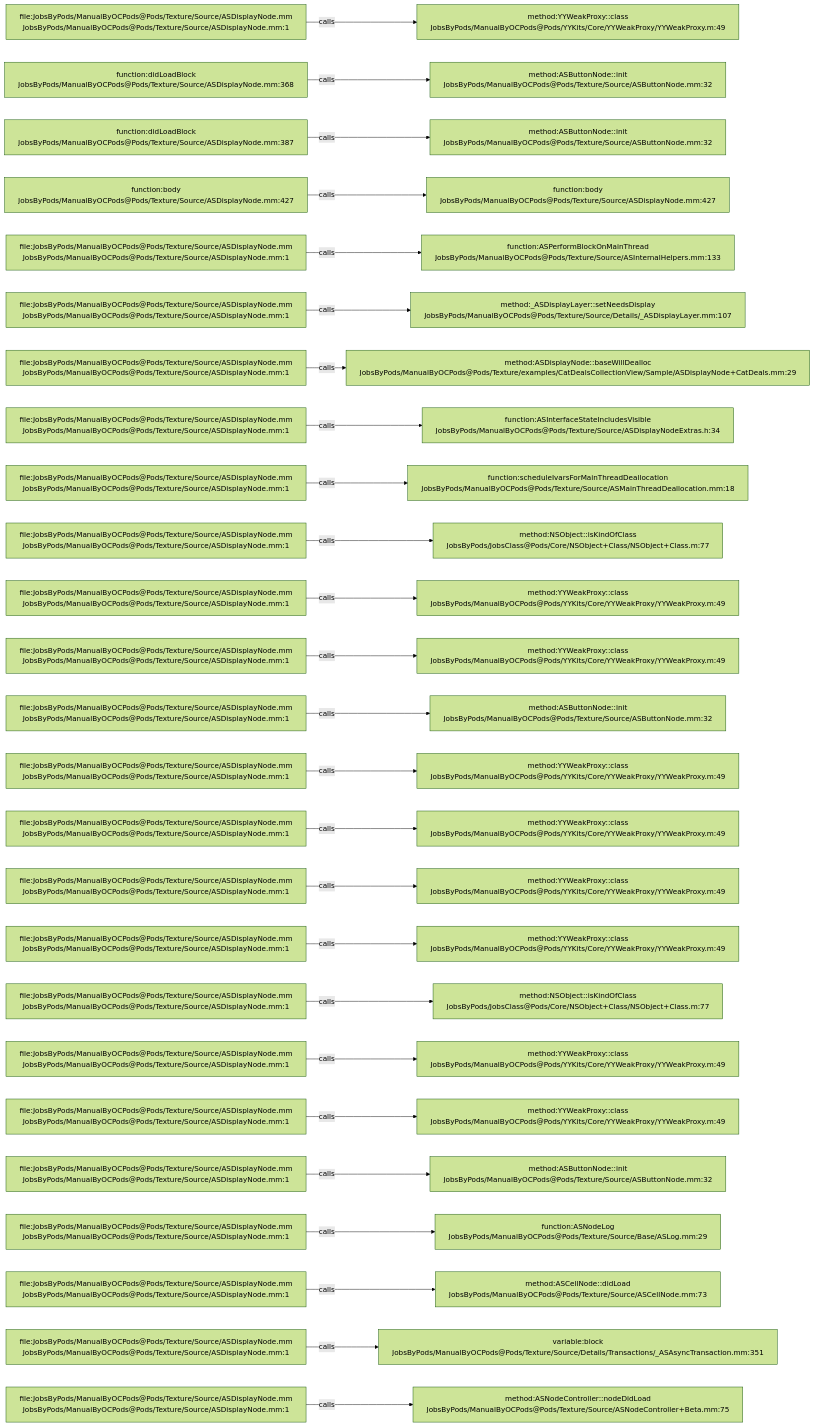
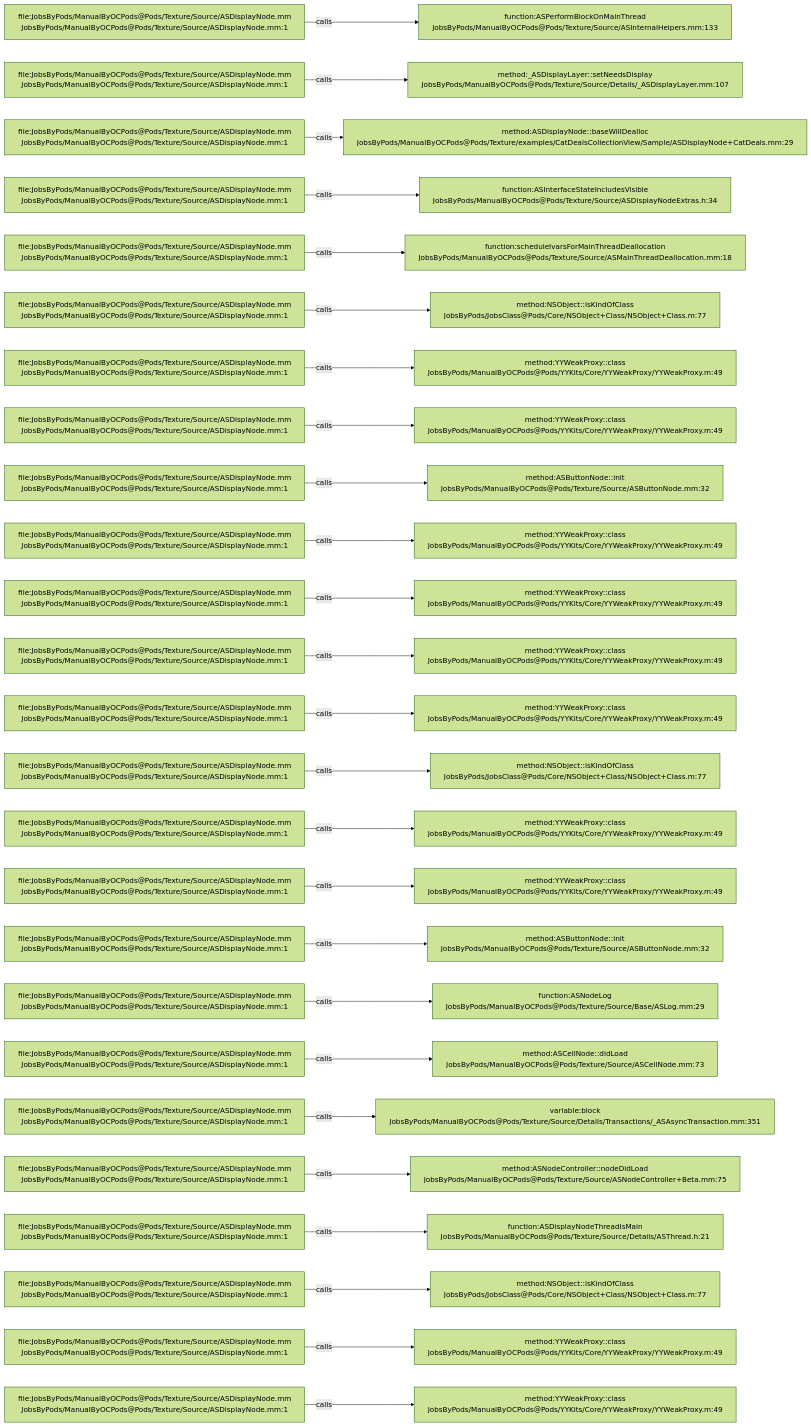
Before and after one commit to JobsKits/JobsOCBaseConfigDemo: the diagram in .codegraph/codegraph.md/graphs/calls-095.md, drawn with Mermaid (forest theme). The commit also changed 727 other files, not shown here.

````diff
--- a/.codegraph/codegraph.md/graphs/calls-095.md
+++ b/.codegraph/codegraph.md/graphs/calls-095.md
@@ -13,78 +13,78 @@
 ```mermaid
 flowchart LR
   S1["file:JobsByPods/ManualByOCPods@Pods/Texture/Source/ASDisplayNode.mm<br/>JobsByPods/ManualByOCPods@Pods/Texture/Source/ASDisplayNode.mm:1"]
-  T1["method:YYWeakProxy::class<br/>JobsByPods/ManualByOCPods@Pods/YYKits/Core/YYWeakProxy/YYWeakProxy.m:49"]
+  T1["function:ASPerformBlockOnMainThread<br/>JobsByPods/ManualByOCPods@Pods/Texture/Source/ASInternalHelpers.mm:133"]
   S1 -->|calls| T1
-  S2["function:didLoadBlock<br/>JobsByPods/ManualByOCPods@Pods/Texture/Source/ASDisplayNode.mm:368"]
-  T2["method:ASButtonNode::init<br/>JobsByPods/ManualByOCPods@Pods/Texture/Source/ASButtonNode.mm:32"]
+  S2["file:JobsByPods/ManualByOCPods@Pods/Texture/Source/ASDisplayNode.mm<br/>JobsByPods/ManualByOCPods@Pods/Texture/Source/ASDisplayNode.mm:1"]
+  T2["method:_ASDisplayLayer::setNeedsDisplay<br/>JobsByPods/ManualByOCPods@Pods/Texture/Source/Details/_ASDisplayLayer.mm:107"]
   S2 -->|calls| T2
-  S3["function:didLoadBlock<br/>JobsByPods/ManualByOCPods@Pods/Texture/Source/ASDisplayNode.mm:387"]
-  T3["method:ASButtonNode::init<br/>JobsByPods/ManualByOCPods@Pods/Texture/Source/ASButtonNode.mm:32"]
+  S3["file:JobsByPods/ManualByOCPods@Pods/Texture/Source/ASDisplayNode.mm<br/>JobsByPods/ManualByOCPods@Pods/Texture/Source/ASDisplayNode.mm:1"]
+  T3["method:ASDisplayNode::baseWillDealloc<br/>JobsByPods/ManualByOCPods@Pods/Texture/examples/CatDealsCollectionView/Sample/ASDisplayNode+CatDeals.mm:29"]
   S3 -->|calls| T3
-  S4["function:body<br/>JobsByPods/ManualByOCPods@Pods/Texture/Source/ASDisplayNode.mm:427"]
-  T4["function:body<br/>JobsByPods/ManualByOCPods@Pods/Texture/Source/ASDisplayNode.mm:427"]
+  S4["file:JobsByPods/ManualByOCPods@Pods/Texture/Source/ASDisplayNode.mm<br/>JobsByPods/ManualByOCPods@Pods/Texture/Source/ASDisplayNode.mm:1"]
+  T4["function:ASInterfaceStateIncludesVisible<br/>JobsByPods/ManualByOCPods@Pods/Texture/Source/ASDisplayNodeExtras.h:34"]
   S4 -->|calls| T4
   S5["file:JobsByPods/ManualByOCPods@Pods/Texture/Source/ASDisplayNode.mm<br/>JobsByPods/ManualByOCPods@Pods/Texture/Source/ASDisplayNode.mm:1"]
-  T5["function:ASPerformBlockOnMainThread<br/>JobsByPods/ManualByOCPods@Pods/Texture/Source/ASInternalHelpers.mm:133"]
+  T5["function:scheduleIvarsForMainThreadDeallocation<br/>JobsByPods/ManualByOCPods@Pods/Texture/Source/ASMainThreadDeallocation.mm:18"]
   S5 -->|calls| T5
   S6["file:JobsByPods/ManualByOCPods@Pods/Texture/Source/ASDisplayNode.mm<br/>JobsByPods/ManualByOCPods@Pods/Texture/Source/ASDisplayNode.mm:1"]
-  T6["method:_ASDisplayLayer::setNeedsDisplay<br/>JobsByPods/ManualByOCPods@Pods/Texture/Source/Details/_ASDisplayLayer.mm:107"]
+  T6["method:NSObject::isKindOfClass<br/>JobsByPods/JobsClass@Pods/Core/NSObject+Class/NSObject+Class.m:77"]
   S6 -->|calls| T6
   S7["file:JobsByPods/ManualByOCPods@Pods/Texture/Source/ASDisplayNode.mm<br/>JobsByPods/ManualByOCPods@Pods/Texture/Source/ASDisplayNode.mm:1"]
-  T7["method:ASDisplayNode::baseWillDealloc<br/>JobsByPods/ManualByOCPods@Pods/Texture/examples/CatDealsCollectionView/Sample/ASDisplayNode+CatDeals.mm:29"]
+  T7["method:YYWeakProxy::class<br/>JobsByPods/ManualByOCPods@Pods/YYKits/Core/YYWeakProxy/YYWeakProxy.m:49"]
   S7 -->|calls| T7
   S8["file:JobsByPods/ManualByOCPods@Pods/Texture/Source/ASDisplayNode.mm<br/>JobsByPods/ManualByOCPods@Pods/Texture/Source/ASDisplayNode.mm:1"]
-  T8["function:ASInterfaceStateIncludesVisible<br/>JobsByPods/ManualByOCPods@Pods/Texture/Source/ASDisplayNodeExtras.h:34"]
+  T8["method:YYWeakProxy::class<br/>JobsByPods/ManualByOCPods@Pods/YYKits/Core/YYWeakProxy/YYWeakProxy.m:49"]
   S8 -->|calls| T8
   S9["file:JobsByPods/ManualByOCPods@Pods/Texture/Source/ASDisplayNode.mm<br/>JobsByPods/ManualByOCPods@Pods/Texture/Source/ASDisplayNode.mm:1"]
-  T9["function:scheduleIvarsForMainThreadDeallocation<br/>JobsByPods/ManualByOCPods@Pods/Texture/Source/ASMainThreadDeallocation.mm:18"]
+  T9["method:ASButtonNode::init<br/>JobsByPods/ManualByOCPods@Pods/Texture/Source/ASButtonNode.mm:32"]
   S9 -->|calls| T9
   S10["file:JobsByPods/ManualByOCPods@Pods/Texture/Source/ASDisplayNode.mm<br/>JobsByPods/ManualByOCPods@Pods/Texture/Source/ASDisplayNode.mm:1"]
-  T10["method:NSObject::isKindOfClass<br/>JobsByPods/JobsClass@Pods/Core/NSObject+Class/NSObject+Class.m:77"]
+  T10["method:YYWeakProxy::class<br/>JobsByPods/ManualByOCPods@Pods/YYKits/Core/YYWeakProxy/YYWeakProxy.m:49"]
   S10 -->|calls| T10
   S11["file:JobsByPods/ManualByOCPods@Pods/Texture/Source/ASDisplayNode.mm<br/>JobsByPods/ManualByOCPods@Pods/Texture/Source/ASDisplayNode.mm:1"]
   T11["method:YYWeakProxy::class<br/>JobsByPods/ManualByOCPods@Pods/YYKits/Core/YYWeakProxy/YYWeakProxy.m:49"]
   S11 -->|calls| T11
   S12["file:JobsByPods/ManualByOCPods@Pods/Texture/Source/ASDisplayNode.mm<br/>JobsByPods/ManualByOCPods@Pods/Texture/Source/ASDisplayNode.mm:1"]
   T12["method:YYWeakProxy::class<br/>JobsByPods/ManualByOCPods@Pods/YYKits/Core/YYWeakProxy/YYWeakProxy.m:49"]
   S12 -->|calls| T12
   S13["file:JobsByPods/ManualByOCPods@Pods/Texture/Source/ASDisplayNode.mm<br/>JobsByPods/ManualByOCPods@Pods/Texture/Source/ASDisplayNode.mm:1"]
-  T13["method:ASButtonNode::init<br/>JobsByPods/ManualByOCPods@Pods/Texture/Source/ASButtonNode.mm:32"]
+  T13["method:YYWeakProxy::class<br/>JobsByPods/ManualByOCPods@Pods/YYKits/Core/YYWeakProxy/YYWeakProxy.m:49"]
   S13 -->|calls| T13
   S14["file:JobsByPods/ManualByOCPods@Pods/Texture/Source/ASDisplayNode.mm<br/>JobsByPods/ManualByOCPods@Pods/Texture/Source/ASDisplayNode.mm:1"]
-  T14["method:YYWeakProxy::class<br/>JobsByPods/ManualByOCPods@Pods/YYKits/Core/YYWeakProxy/YYWeakProxy.m:49"]
+  T14["method:NSObject::isKindOfClass<br/>JobsByPods/JobsClass@Pods/Core/NSObject+Class/NSObject+Class.m:77"]
   S14 -->|calls| T14
   S15["file:JobsByPods/ManualByOCPods@Pods/Texture/Source/ASDisplayNode.mm<br/>JobsByPods/ManualByOCPods@Pods/Texture/Source/ASDisplayNode.mm:1"]
   T15["method:YYWeakProxy::class<br/>JobsByPods/ManualByOCPods@Pods/YYKits/Core/YYWeakProxy/YYWeakProxy.m:49"]
   S15 -->|calls| T15
   S16["file:JobsByPods/ManualByOCPods@Pods/Texture/Source/ASDisplayNode.mm<br/>JobsByPods/ManualByOCPods@Pods/Texture/Source/ASDisplayNode.mm:1"]
   T16["method:YYWeakProxy::class<br/>JobsByPods/ManualByOCPods@Pods/YYKits/Core/YYWeakProxy/YYWeakProxy.m:49"]
   S16 -->|calls| T16
   S17["file:JobsByPods/ManualByOCPods@Pods/Texture/Source/ASDisplayNode.mm<br/>JobsByPods/ManualByOCPods@Pods/Texture/Source/ASDisplayNode.mm:1"]
-  T17["method:YYWeakProxy::class<br/>JobsByPods/ManualByOCPods@Pods/YYKits/Core/YYWeakProxy/YYWeakProxy.m:49"]
+  T17["method:ASButtonNode::init<br/>JobsByPods/ManualByOCPods@Pods/Texture/Source/ASButtonNode.mm:32"]
   S17 -->|calls| T17
   S18["file:JobsByPods/ManualByOCPods@Pods/Texture/Source/ASDisplayNode.mm<br/>JobsByPods/ManualByOCPods@Pods/Texture/Source/ASDisplayNode.mm:1"]
-  T18["method:NSObject::isKindOfClass<br/>JobsByPods/JobsClass@Pods/Core/NSObject+Class/NSObject+Class.m:77"]
+  T18["function:ASNodeLog<br/>JobsByPods/ManualByOCPods@Pods/Texture/Source/Base/ASLog.mm:29"]
   S18 -->|calls| T18
   S19["file:JobsByPods/ManualByOCPods@Pods/Texture/Source/ASDisplayNode.mm<br/>JobsByPods/ManualByOCPods@Pods/Texture/Source/ASDisplayNode.mm:1"]
-  T19["method:YYWeakProxy::class<br/>JobsByPods/ManualByOCPods@Pods/YYKits/Core/YYWeakProxy/YYWeakProxy.m:49"]
+  T19["method:ASCellNode::didLoad<br/>JobsByPods/ManualByOCPods@Pods/Texture/Source/ASCellNode.mm:73"]
   S19 -->|calls| T19
   S20["file:JobsByPods/ManualByOCPods@Pods/Texture/Source/ASDisplayNode.mm<br/>JobsByPods/ManualByOCPods@Pods/Texture/Source/ASDisplayNode.mm:1"]
-  T20["method:YYWeakProxy::class<br/>JobsByPods/ManualByOCPods@Pods/YYKits/Core/YYWeakProxy/YYWeakProxy.m:49"]
+  T20["variable:block<br/>JobsByPods/ManualByOCPods@Pods/Texture/Source/Details/Transactions/_ASAsyncTransaction.mm:351"]
   S20 -->|calls| T20
   S21["file:JobsByPods/ManualByOCPods@Pods/Texture/Source/ASDisplayNode.mm<br/>JobsByPods/ManualByOCPods@Pods/Texture/Source/ASDisplayNode.mm:1"]
-  T21["method:ASButtonNode::init<br/>JobsByPods/ManualByOCPods@Pods/Texture/Source/ASButtonNode.mm:32"]
+  T21["method:ASNodeController::nodeDidLoad<br/>JobsByPods/ManualByOCPods@Pods/Texture/Source/ASNodeController+Beta.mm:75"]
   S21 -->|calls| T21
   S22["file:JobsByPods/ManualByOCPods@Pods/Texture/Source/ASDisplayNode.mm<br/>JobsByPods/ManualByOCPods@Pods/Texture/Source/ASDisplayNode.mm:1"]
-  T22["function:ASNodeLog<br/>JobsByPods/ManualByOCPods@Pods/Texture/Source/Base/ASLog.mm:29"]
+  T22["function:ASDisplayNodeThreadIsMain<br/>JobsByPods/ManualByOCPods@Pods/Texture/Source/Details/ASThread.h:21"]
   S22 -->|calls| T22
   S23["file:JobsByPods/ManualByOCPods@Pods/Texture/Source/ASDisplayNode.mm<br/>JobsByPods/ManualByOCPods@Pods/Texture/Source/ASDisplayNode.mm:1"]
-  T23["method:ASCellNode::didLoad<br/>JobsByPods/ManualByOCPods@Pods/Texture/Source/ASCellNode.mm:73"]
+  T23["method:NSObject::isKindOfClass<br/>JobsByPods/JobsClass@Pods/Core/NSObject+Class/NSObject+Class.m:77"]
   S23 -->|calls| T23
   S24["file:JobsByPods/ManualByOCPods@Pods/Texture/Source/ASDisplayNode.mm<br/>JobsByPods/ManualByOCPods@Pods/Texture/Source/ASDisplayNode.mm:1"]
-  T24["variable:block<br/>JobsByPods/ManualByOCPods@Pods/Texture/Source/Details/Transactions/_ASAsyncTransaction.mm:351"]
+  T24["method:YYWeakProxy::class<br/>JobsByPods/ManualByOCPods@Pods/YYKits/Core/YYWeakProxy/YYWeakProxy.m:49"]
   S24 -->|calls| T24
   S25["file:JobsByPods/ManualByOCPods@Pods/Texture/Source/ASDisplayNode.mm<br/>JobsByPods/ManualByOCPods@Pods/Texture/Source/ASDisplayNode.mm:1"]
-  T25["method:ASNodeController::nodeDidLoad<br/>JobsByPods/ManualByOCPods@Pods/Texture/Source/ASNodeController+Beta.mm:75"]
+  T25["method:YYWeakProxy::class<br/>JobsByPods/ManualByOCPods@Pods/YYKits/Core/YYWeakProxy/YYWeakProxy.m:49"]
   S25 -->|calls| T25
 ```
````
